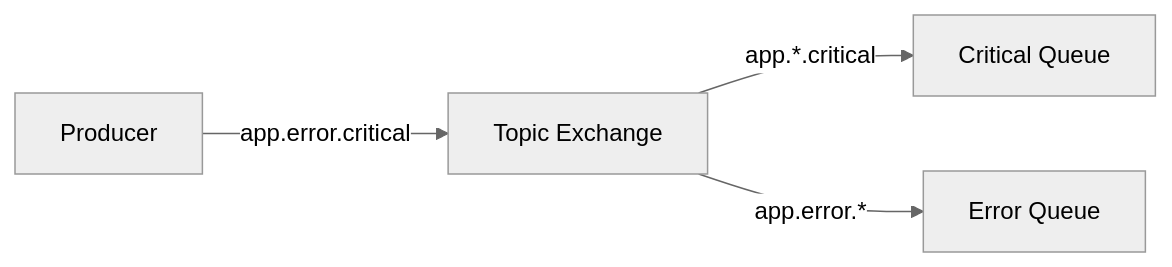
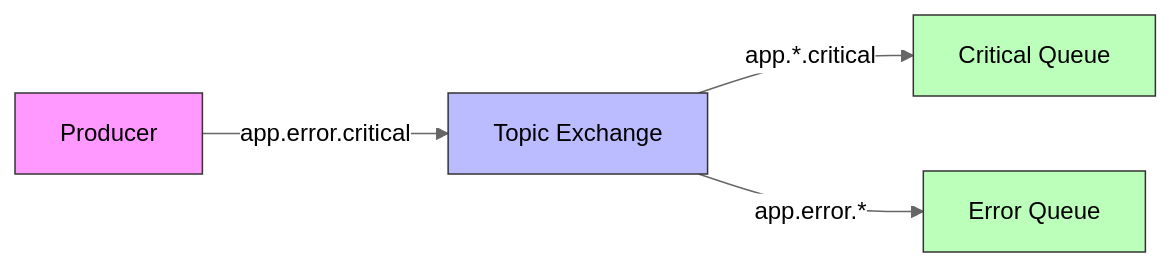
The third of 15 diagrams in rabbitmq.md (hdt12a1/message-broker-mastery), drawn with Mermaid (neutral theme) before and after one commit. The commit also changed other lines of this file, not shown here.

Commit message:
docs: update RabbitMQ documentation with fixed Mermaid diagrams and detailed component analysis

````diff
--- a/rabbitmq.md
+++ b/rabbitmq.md
@@ -137,6 +148,15 @@
 ```mermaid
 graph LR
-    P[Producer] -->|app.error.critical| E[Topic Exchange]
-    E -->|app.*.critical| Q1[Critical Queue]
-    E -->|app.error.*| Q2[Error Queue]
+    P[Producer] -->|"app.error.critical"| E[Topic Exchange]
+    E -->|"app.*.critical"| Q1[Critical Queue]
+    E -->|"app.error.*"| Q2[Error Queue]
+    
+    classDef producer fill:#f9f,stroke:#333;
+    classDef exchange fill:#bbf,stroke:#333;
+    classDef queue fill:#bfb,stroke:#333;
+    
+    class P producer;
+    class E exchange;
+    class Q1 queue;
+    class Q2 queue;
 ```
````
